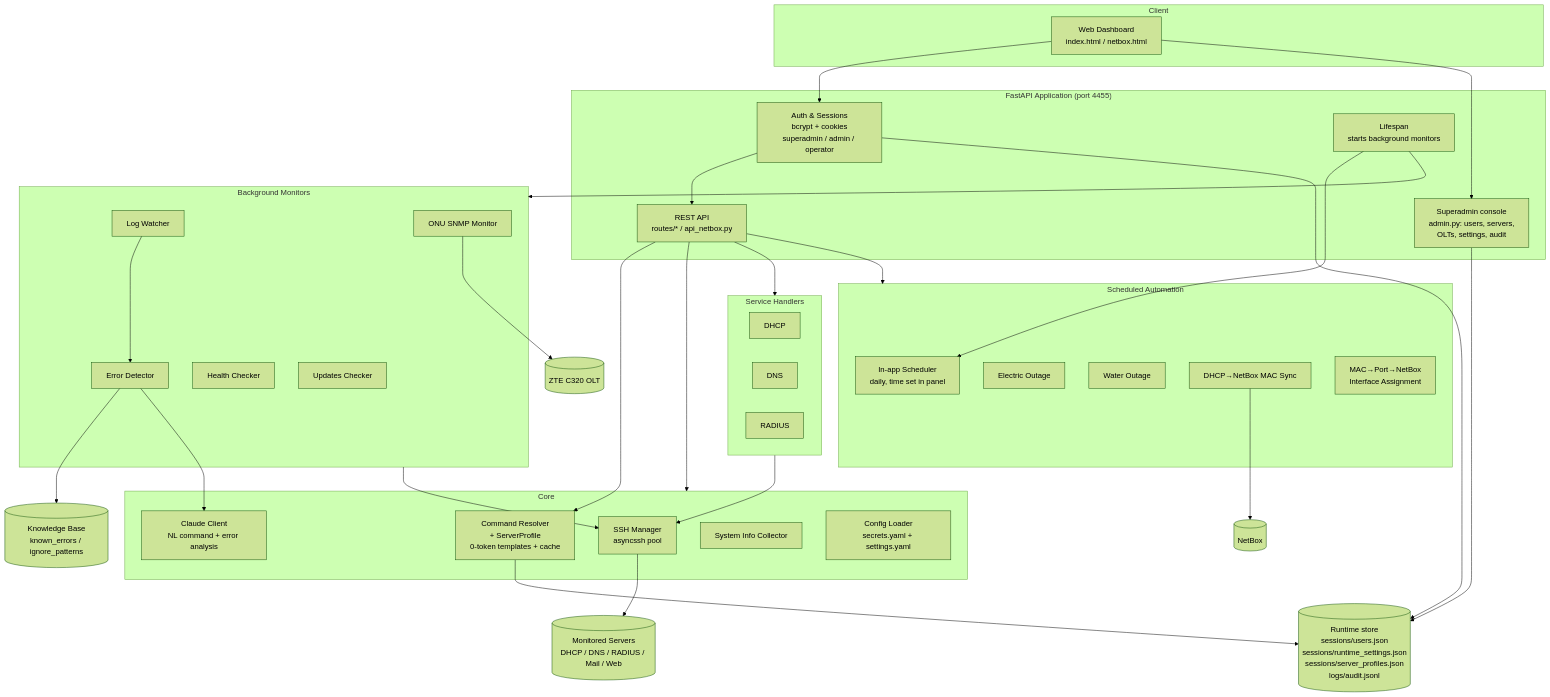
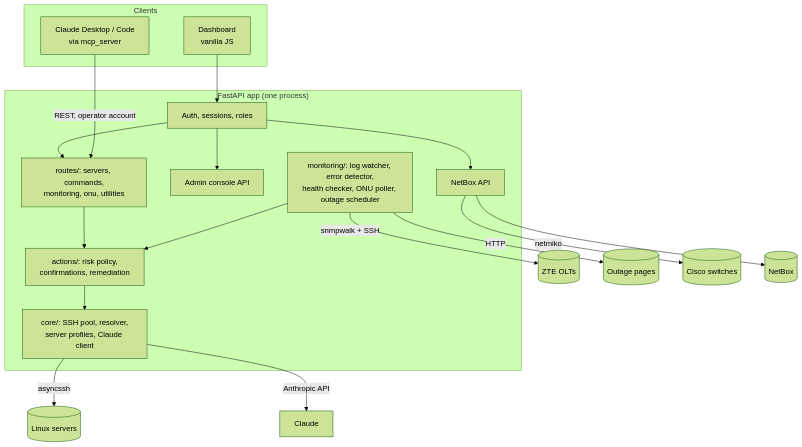
The second of 2 diagrams in README.md (Madly222/MCPforMonitoring), drawn with Mermaid (forest theme) before and after one commit. The commit also changed other lines of this file and 37 other files, not shown here.

````diff
--- a/README.md
+++ b/README.md
@@ -93,67 +67,28 @@
 ```mermaid
 flowchart TB
-    subgraph Client
-        UI[Web Dashboard<br/>index.html / netbox.html]
+    subgraph Clients
+        UI[Dashboard<br/>vanilla JS]
+        MCPC[Claude Desktop / Code<br/>via mcp_server]
     end
 
-    subgraph App["FastAPI Application (port 4455)"]
-        AUTH[Auth & Sessions<br/>bcrypt + cookies<br/>superadmin / admin / operator]
-        API[REST API<br/>routes/* / api_netbox.py]
-        ADMIN[Superadmin console<br/>admin.py: users, servers,<br/>OLTs, settings, audit]
-        LIFESPAN[Lifespan<br/>starts background monitors]
+    subgraph App["FastAPI app (one process)"]
+        AUTH[Auth, sessions, roles]
+        ROUTES[routes/: servers, commands,<br/>monitoring, onu, utilities]
+        ADMIN[Admin console API]
+        NBAPI[NetBox API]
+        ACTIONS[actions/: risk policy,<br/>confirmations, remediation]
+        CORE[core/: SSH pool, resolver,<br/>server profiles, Claude client]
+        MON[monitoring/: log watcher, error detector,<br/>health checker, ONU poller, outage scheduler]
     end
 
-    subgraph Core
-        SSH[SSH Manager<br/>asyncssh pool]
-        RESOLVER[Command Resolver<br/>+ ServerProfile<br/>0-token templates + cache]
-        CLAUDE[Claude Client<br/>NL command + error analysis]
-        SYSINFO[System Info Collector]
-        CONFIG[Config Loader<br/>secrets.yaml + settings.yaml]
-    end
-
-    subgraph Services["Service Handlers"]
-        DHCP[DHCP]
-        DNS[DNS]
-        RADIUS[RADIUS]
-    end
-
-    subgraph Monitors["Background Monitors"]
-        LOGW[Log Watcher]
-        ERRD[Error Detector]
-        HEALTH[Health Checker]
-        UPD[Updates Checker]
-        ONU[ONU SNMP Monitor]
-    end
-
-    subgraph Automation["Scheduled Automation"]
-        SCHED[In-app Scheduler<br/>daily, time set in panel]
-        ELEC[Electric Outage]
-        ACC[Water Outage]
-        MACSYNC[DHCP→NetBox MAC Sync]
-        MACPORT[MAC→Port→NetBox<br/>Interface Assignment]
-    end
-
-    KB[(Knowledge Base<br/>known_errors / ignore_patterns)]
-    TARGETS[(Monitored Servers<br/>DHCP / DNS / RADIUS / Mail / Web)]
-    OLT[(ZTE C320 OLT)]
-    NB[(NetBox)]
-    STORE[(Runtime store<br/>sessions/users.json<br/>sessions/runtime_settings.json<br/>sessions/server_profiles.json<br/>logs/audit.jsonl)]
-
-    UI --> AUTH --> API
-    UI --> ADMIN
-    ADMIN --> STORE
-    AUTH --> STORE
-    API --> Core
-    API --> RESOLVER
-    RESOLVER --> STORE
-    API --> Services
-    LIFESPAN --> Monitors
-    LIFESPAN --> SCHED
-    Services --> SSH --> TARGETS
-    Monitors --> SSH
-    LOGW --> ERRD --> KB
-    ERRD --> CLAUDE
-    ONU --> OLT
-    MACSYNC --> NB
-    API --> Automation
+    UI --> AUTH --> ROUTES & ADMIN & NBAPI
+    MCPC -->|REST, operator account| ROUTES
+    ROUTES --> ACTIONS --> CORE
+    MON --> ACTIONS
+    CORE -->|asyncssh| HOSTS[(Linux servers)]
+    MON -->|snmpwalk + SSH| OLT[(ZTE OLTs)]
+    MON -->|HTTP| FEEDS[(Outage pages)]
+    NBAPI -->|netmiko| SW[(Cisco switches)]
+    NBAPI --> NB[(NetBox)]
+    CORE -->|Anthropic API| CL[Claude]
 ```
````
